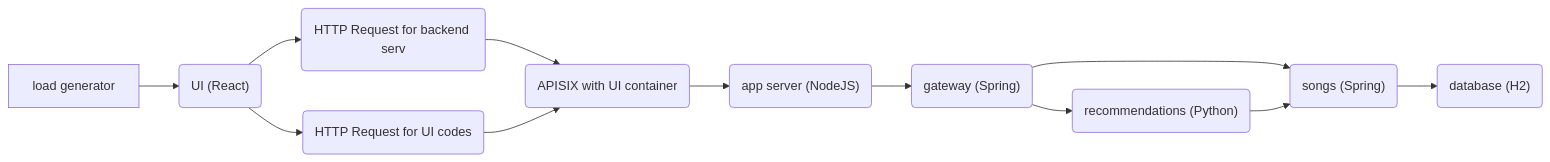
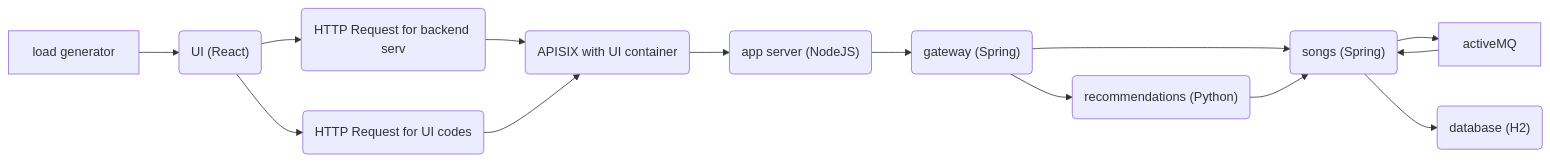
One commit to apache/skywalking-showcase changed the first of 2 diagrams in docs/readme.md. Above: the diagram before and after it, drawn with Mermaid. The commit also changed 8 other files, not shown here.

````diff
--- a/docs/readme.md
+++ b/docs/readme.md
@@ -9,10 +9,12 @@
 ```mermaid
 %% please read this doc in our official website, otherwise the graph is not correctly rendered.
 graph LR;
   loadgen[load generator] --> ui("UI (React)") --> Traffic1("HTTP Request for backend serv") -->  apisix("APISIX as UI container")
  --> app("app server (NodeJS)") --> gateway("gateway (Spring)");
   ui("UI (React)") --> Traffic2("HTTP Request for UI codes") --> apisix("APISIX with  UI container")
   gateway --> songs("songs (Spring)") & rcmd("recommendations (Python)");
+  songs --> activeMQ
+  activeMQ --> songs
   rcmd --> songs;
   songs --> db("database (H2)");
 ```
````
